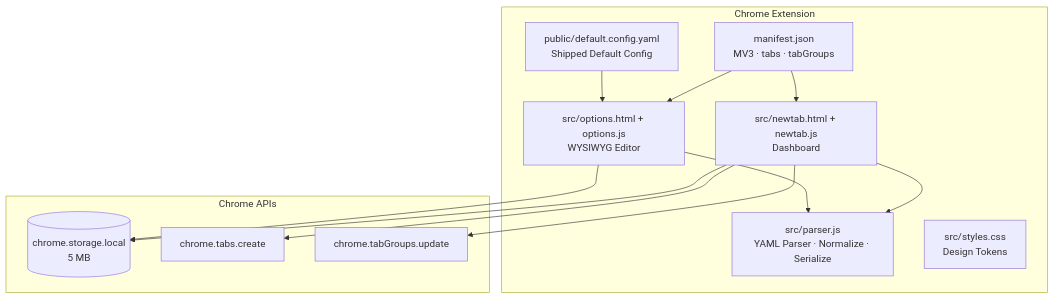
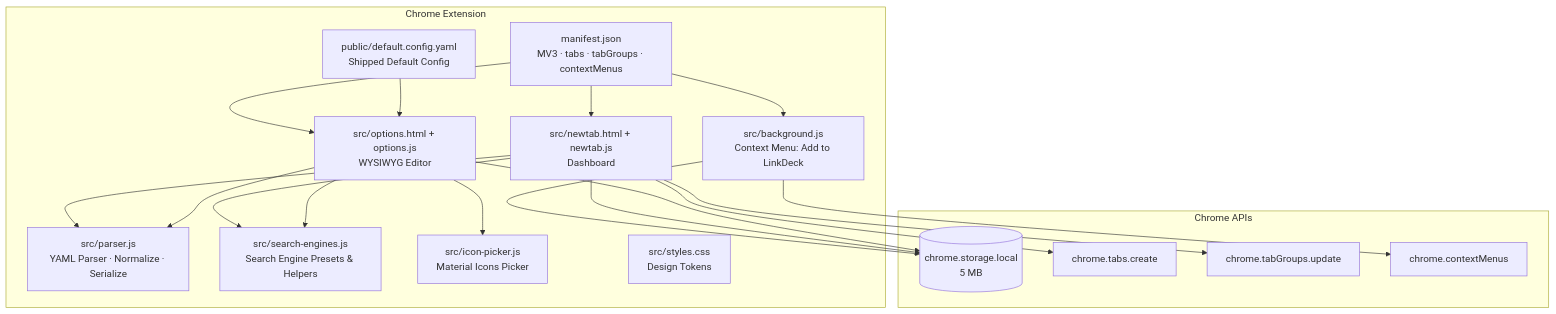
The first of 3 diagrams in README.md (64x-lunicorn/LinkDeck), drawn with Mermaid before and after one commit. The commit also changed other lines of this file and 2 other files, not shown here.

````diff
--- a/README.md
+++ b/README.md
@@ -30,27 +37,37 @@
 ```mermaid
 graph TD
     subgraph "Chrome Extension"
-        M[manifest.json<br/>MV3 · tabs · tabGroups]
+        M[manifest.json<br/>MV3 · tabs · tabGroups · contextMenus]
+        BG[src/background.js<br/>Context Menu: Add to LinkDeck]
         NT[src/newtab.html + newtab.js<br/>Dashboard]
         OPT[src/options.html + options.js<br/>WYSIWYG Editor]
         P[src/parser.js<br/>YAML Parser · Normalize · Serialize]
+        SE[src/search-engines.js<br/>Search Engine Presets & Helpers]
+        IP[src/icon-picker.js<br/>Material Icons Picker]
         S[src/styles.css<br/>Design Tokens]
         CFG[public/default.config.yaml<br/>Shipped Default Config]
     end
 
     subgraph "Chrome APIs"
         STORE[(chrome.storage.local<br/>5 MB)]
         TABS[chrome.tabs.create]
         TG[chrome.tabGroups.update]
+        CM[chrome.contextMenus]
     end
 
     NT --> P
+    NT --> SE
     OPT --> P
+    OPT --> SE
+    OPT --> IP
+    BG --> STORE
+    BG --> CM
     NT --> STORE
     OPT --> STORE
     NT --> TABS
     NT --> TG
     M --> NT
     M --> OPT
+    M --> BG
     CFG --> OPT
 ```
````
